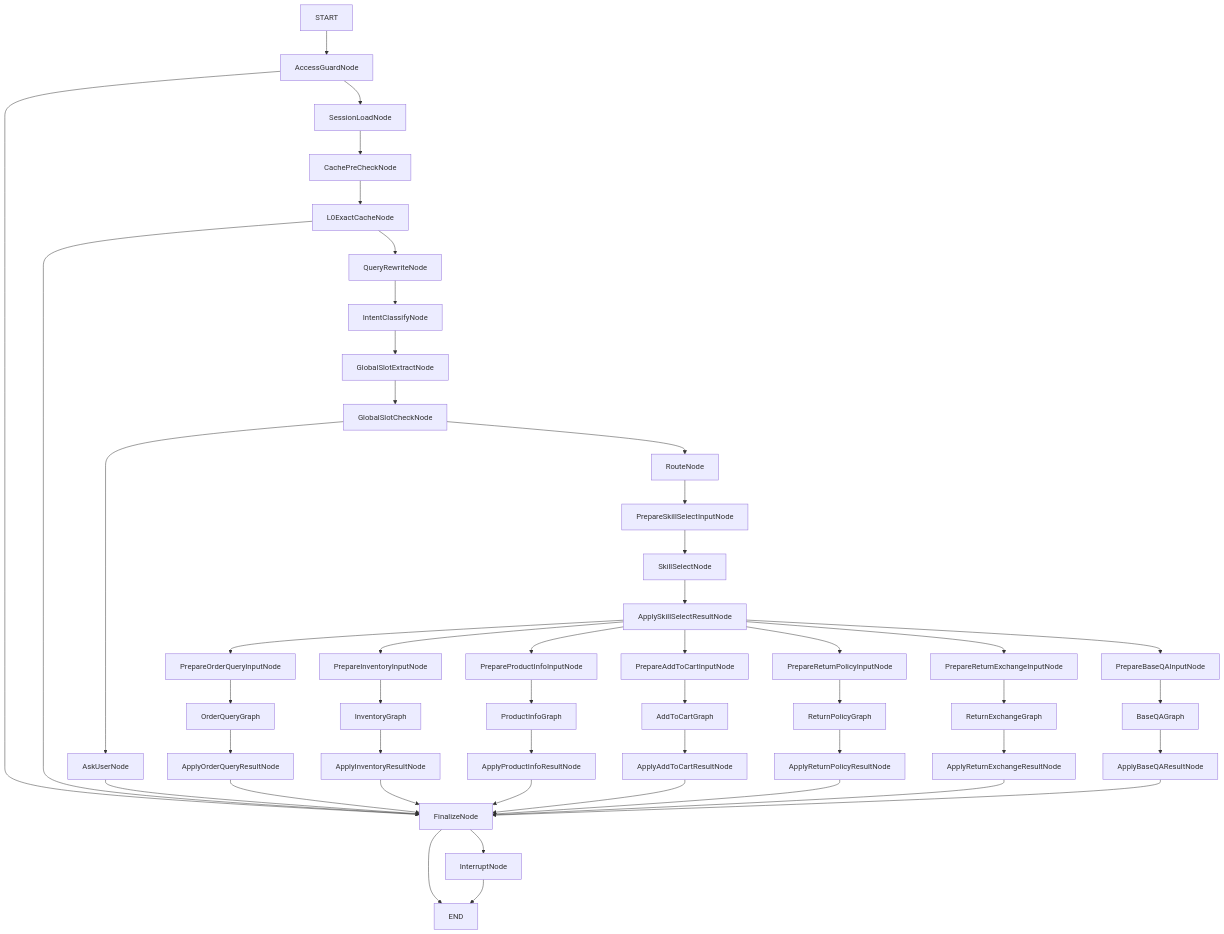
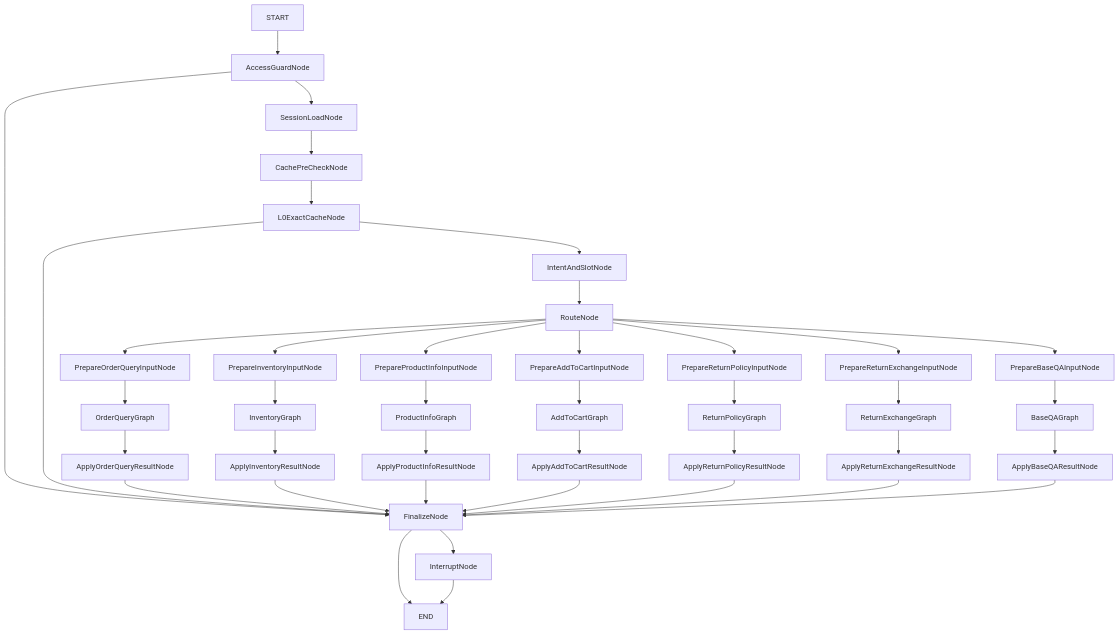
One commit to XDWow/DouyinMall changed the diagram in backend/internal/agent/orchestrator/graph/整体工作流.md. Above: the diagram before and after it, drawn with Mermaid. The commit also changed other lines of this file and 109 other files, not shown here.

````diff
--- a/backend/internal/agent/orchestrator/graph/整体工作流.md
+++ b/backend/internal/agent/orchestrator/graph/整体工作流.md
@@ -7,34 +23,20 @@
 ```mermaid
 flowchart TD
     START --> AccessGuardNode
-
     AccessGuardNode --> SessionLoadNode
     AccessGuardNode --> FinalizeNode
-
-    SessionLoadNode --> CachePreCheckNode --> L0ExactCacheNode --> FinalizeNode
-    L0ExactCacheNode --> QueryRewriteNode
-
-    QueryRewriteNode --> IntentClassifyNode --> GlobalSlotExtractNode --> GlobalSlotCheckNode
-
-    GlobalSlotCheckNode --> AskUserNode --> FinalizeNode
-
-    GlobalSlotCheckNode --> RouteNode --> PrepareSkillSelectInputNode --> SkillSelectNode --> ApplySkillSelectResultNode
-
-    ApplySkillSelectResultNode --> PrepareOrderQueryInputNode --> OrderQueryGraph --> ApplyOrderQueryResultNode --> FinalizeNode
-
-    ApplySkillSelectResultNode --> PrepareInventoryInputNode --> InventoryGraph --> ApplyInventoryResultNode --> FinalizeNode
-
-    ApplySkillSelectResultNode --> PrepareProductInfoInputNode --> ProductInfoGraph --> ApplyProductInfoResultNode --> FinalizeNode
-
-    ApplySkillSelectResultNode --> PrepareAddToCartInputNode --> AddToCartGraph --> ApplyAddToCartResultNode --> FinalizeNode
-
-    ApplySkillSelectResultNode --> PrepareReturnPolicyInputNode --> ReturnPolicyGraph --> ApplyReturnPolicyResultNode --> FinalizeNode
-
-    ApplySkillSelectResultNode --> PrepareReturnExchangeInputNode --> ReturnExchangeGraph --> ApplyReturnExchangeResultNode --> FinalizeNode
-
-    ApplySkillSelectResultNode --> PrepareBaseQAInputNode --> BaseQAGraph --> ApplyBaseQAResultNode --> FinalizeNode
-
+    SessionLoadNode --> CachePreCheckNode --> L0ExactCacheNode
+    L0ExactCacheNode --> FinalizeNode
+    L0ExactCacheNode --> IntentAndSlotNode
+    IntentAndSlotNode --> RouteNode
+    RouteNode --> PrepareOrderQueryInputNode --> OrderQueryGraph --> ApplyOrderQueryResultNode --> FinalizeNode
+    RouteNode --> PrepareInventoryInputNode --> InventoryGraph --> ApplyInventoryResultNode --> FinalizeNode
+    RouteNode --> PrepareProductInfoInputNode --> ProductInfoGraph --> ApplyProductInfoResultNode --> FinalizeNode
+    RouteNode --> PrepareAddToCartInputNode --> AddToCartGraph --> ApplyAddToCartResultNode --> FinalizeNode
+    RouteNode --> PrepareReturnPolicyInputNode --> ReturnPolicyGraph --> ApplyReturnPolicyResultNode --> FinalizeNode
+    RouteNode --> PrepareReturnExchangeInputNode --> ReturnExchangeGraph --> ApplyReturnExchangeResultNode --> FinalizeNode
+    RouteNode --> PrepareBaseQAInputNode --> BaseQAGraph --> ApplyBaseQAResultNode --> FinalizeNode
     FinalizeNode --> InterruptNode
     FinalizeNode --> END
     InterruptNode --> END
 ```
````
